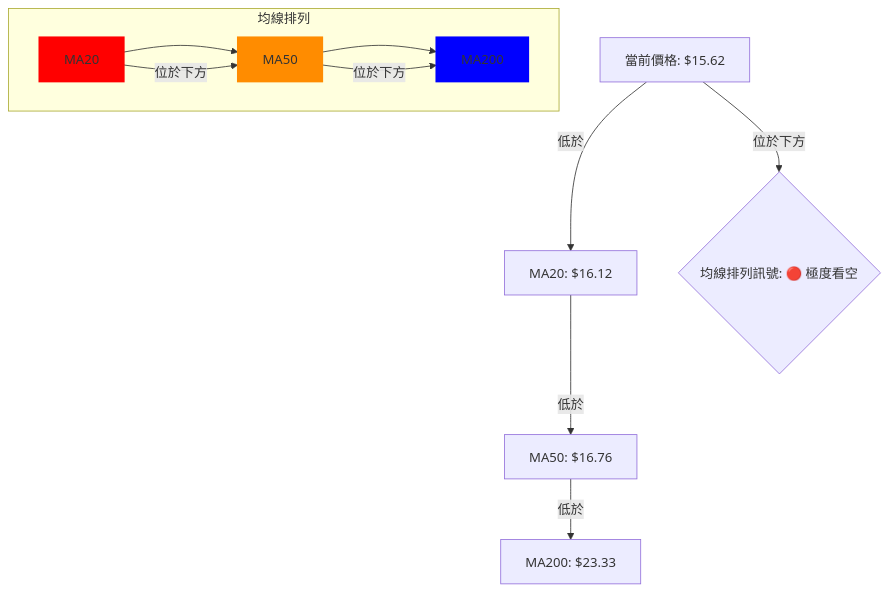
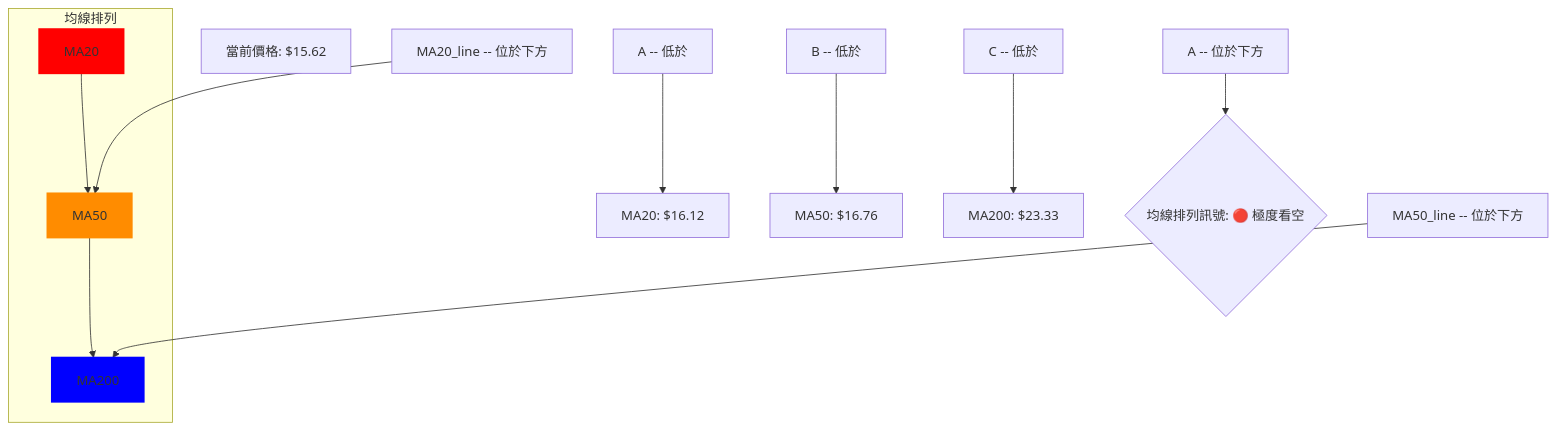
Before and after one commit to yennanliu/finance_data: the sixth of 6 diagrams in ai_gen_report/stock/sofi/technical_analysis_2026-05-22_gemini.md, drawn with Mermaid. The commit also changed other lines of this file and 2258 other files, not shown here.

First line of the commit message:
chore: backfill Mermaid syntax repair across existing reports

````diff
--- a/ai_gen_report/stock/sofi/technical_analysis_2026-05-22_gemini.md
+++ b/ai_gen_report/stock/sofi/technical_analysis_2026-05-22_gemini.md
@@ -488,26 +488,26 @@
 ```mermaid
 graph TD
-    A[當前價格: $15.62]
-    B[MA20: $16.12]
-    C[MA50: $16.76]
-    D[MA200: $23.33]
+    A["當前價格: $15.62"]
+    B["MA20: $16.12"]
+    C["MA50: $16.76"]
+    D["MA200: $23.33"]
 
-    A -- 低於 --> B
-    B -- 低於 --> C
-    C -- 低於 --> D
+    nb1["A -- 低於"] --> B
+    nb2["B -- 低於"] --> C
+    nb3["C -- 低於"] --> D
 
     subgraph 均線排列
-        MA20_line[MA20] --> MA50_line[MA50]
-        MA50_line --> MA200_line[MA200]
+        MA20_line["MA20"] --> MA50_line["MA50"]
+        MA50_line --> MA200_line["MA200"]
     end
 
-    MA20_line -- 位於下方 --> MA50_line
-    MA50_line -- 位於下方 --> MA200_line
+    nb4["MA20_line -- 位於下方"] --> MA50_line
+    nb5["MA50_line -- 位於下方"] --> MA200_line
 
     style MA20_line fill:#FF0000,stroke:#FF0000,stroke-width:2px
     style MA50_line fill:#FF8C00,stroke:#FF8C00,stroke-width:2px
     style MA200_line fill:#0000FF,stroke:#0000FF,stroke-width:2px
 
-    BULL_BEAR{均線排列訊號: 🔴 極度看空}
-    A -- 位於下方 --> BULL_BEAR
+    BULL_BEAR{"均線排列訊號: 🔴 極度看空"}
+    nb6["A -- 位於下方"] --> BULL_BEAR
 ```
````
